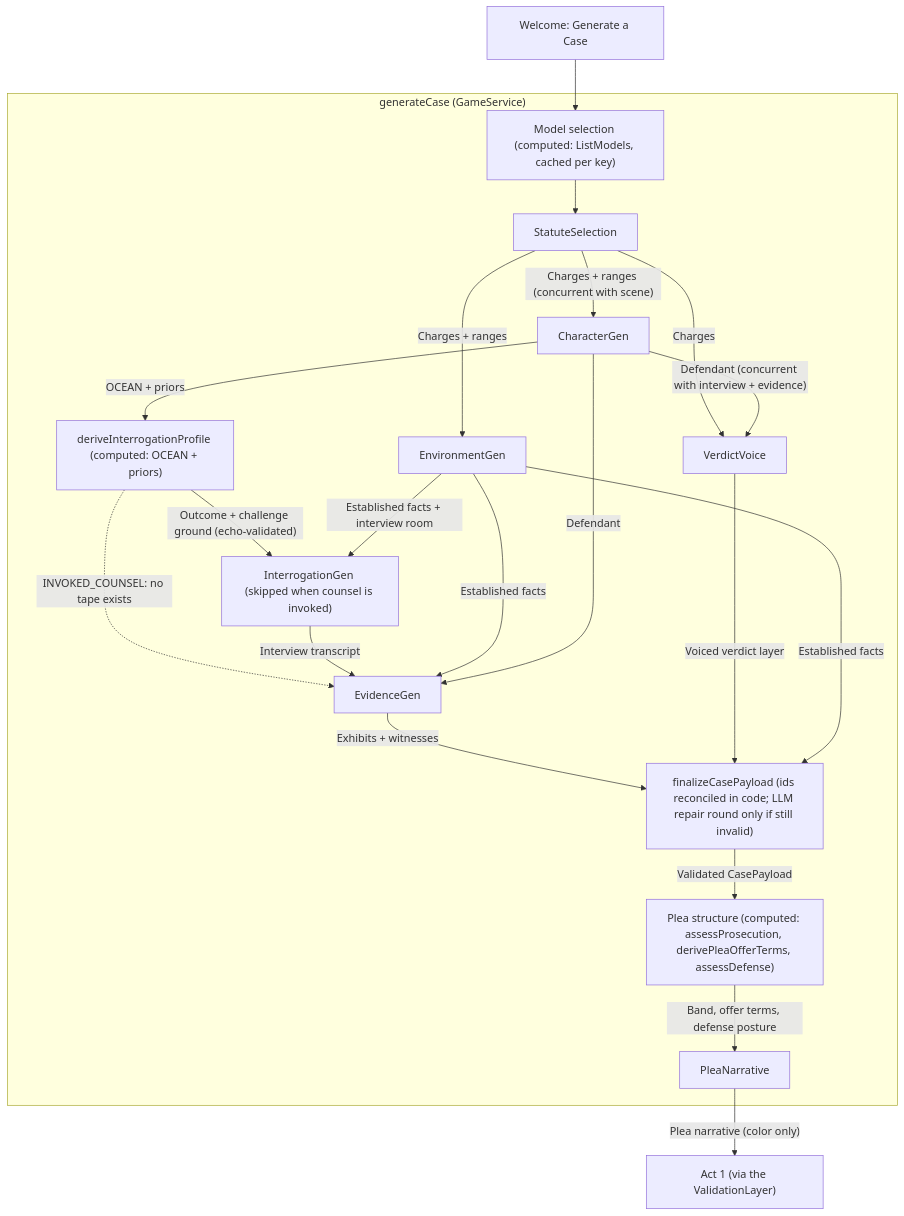
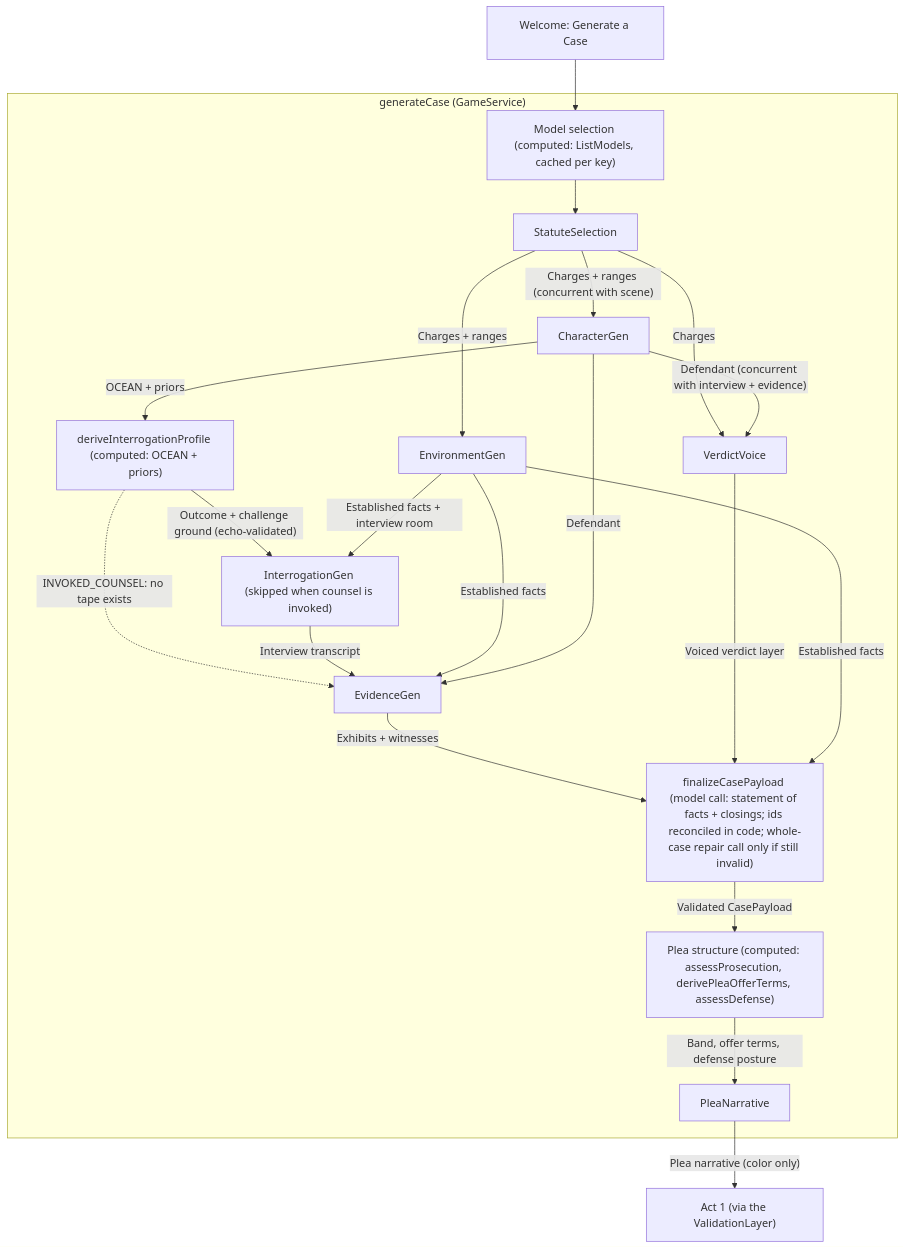
One commit to jcrump97/the-bench changed the second of 3 diagrams in docs/ARCHITECTURE.md. Above: the diagram before and after it, drawn with Mermaid. The commit also changed other lines of this file and 2 other files, not shown here.

First line of the commit message:
docs: correct the pipeline's call count and the CSP's reach

````diff
--- a/docs/ARCHITECTURE.md
+++ b/docs/ARCHITECTURE.md
@@ -88,37 +90,37 @@
 ```mermaid
 flowchart TD
     WEL["Welcome: Generate a Case"] --> MS
 
     subgraph Pipeline["generateCase (GameService)"]
         MS["Model selection (computed: ListModels, cached per key)"]
         STAT[StatuteSelection]
         ENV[EnvironmentGen]
         CHAR[CharacterGen]
         INTP["deriveInterrogationProfile (computed: OCEAN + priors)"]
         INTG["InterrogationGen (skipped when counsel is invoked)"]
         EVID[EvidenceGen]
         VERD[VerdictVoice]
-        FIN["finalizeCasePayload (ids reconciled in code; LLM repair round only if still invalid)"]
+        FIN["finalizeCasePayload (model call: statement of facts + closings; ids reconciled in code; whole-case repair call only if still invalid)"]
         PS["Plea structure (computed: assessProsecution, derivePleaOfferTerms, assessDefense)"]
         PLEN[PleaNarrative]
     end
 
     MS --> STAT
     STAT -->|"Charges + ranges"| ENV
     STAT -->|"Charges + ranges (concurrent with scene)"| CHAR
     STAT -->|"Charges"| VERD
     CHAR -->|"OCEAN + priors"| INTP
     INTP -->|"Outcome + challenge ground (echo-validated)"| INTG
     INTP -.->|"INVOKED_COUNSEL: no tape exists"| EVID
     ENV -->|"Established facts + interview room"| INTG
     INTG -->|"Interview transcript"| EVID
     ENV -->|"Established facts"| EVID
     CHAR -->|"Defendant"| EVID
     CHAR -->|"Defendant (concurrent with interview + evidence)"| VERD
     EVID -->|"Exhibits + witnesses"| FIN
     VERD -->|"Voiced verdict layer"| FIN
     ENV -->|"Established facts"| FIN
     FIN -->|"Validated CasePayload"| PS
     PS -->|"Band, offer terms, defense posture"| PLEN
     PLEN -->|"Plea narrative (color only)"| A1["Act 1 (via the ValidationLayer)"]
 ```
````
